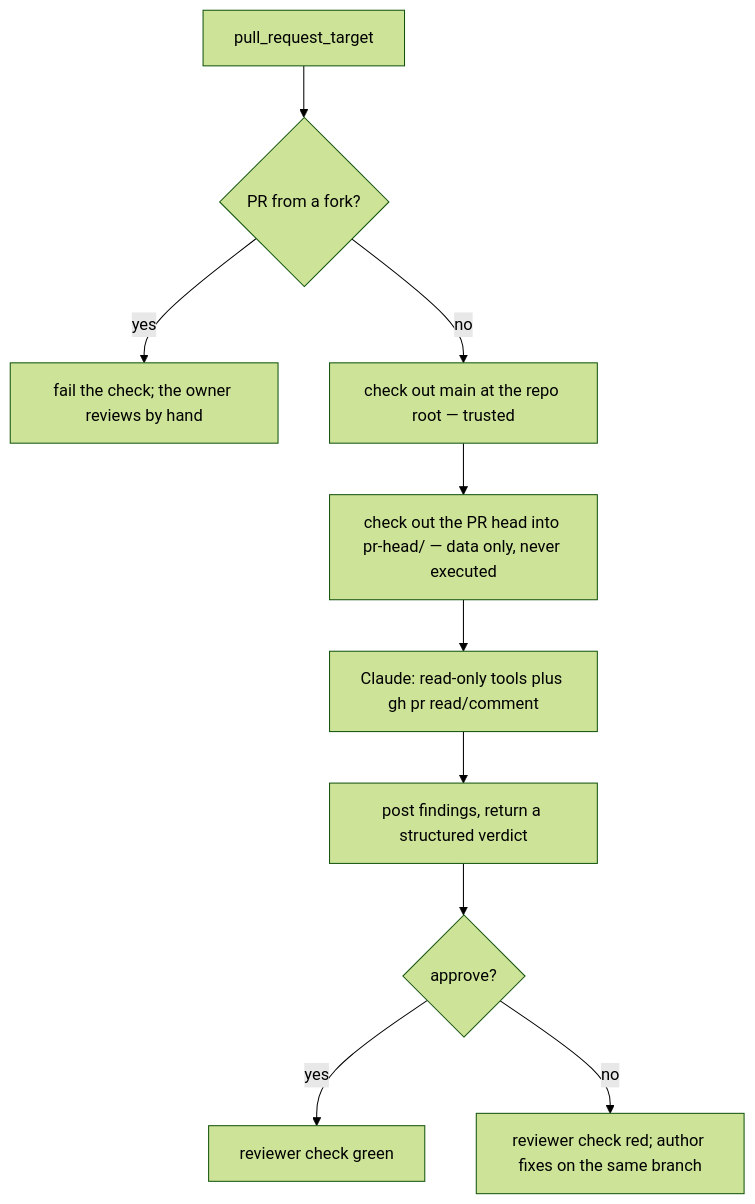
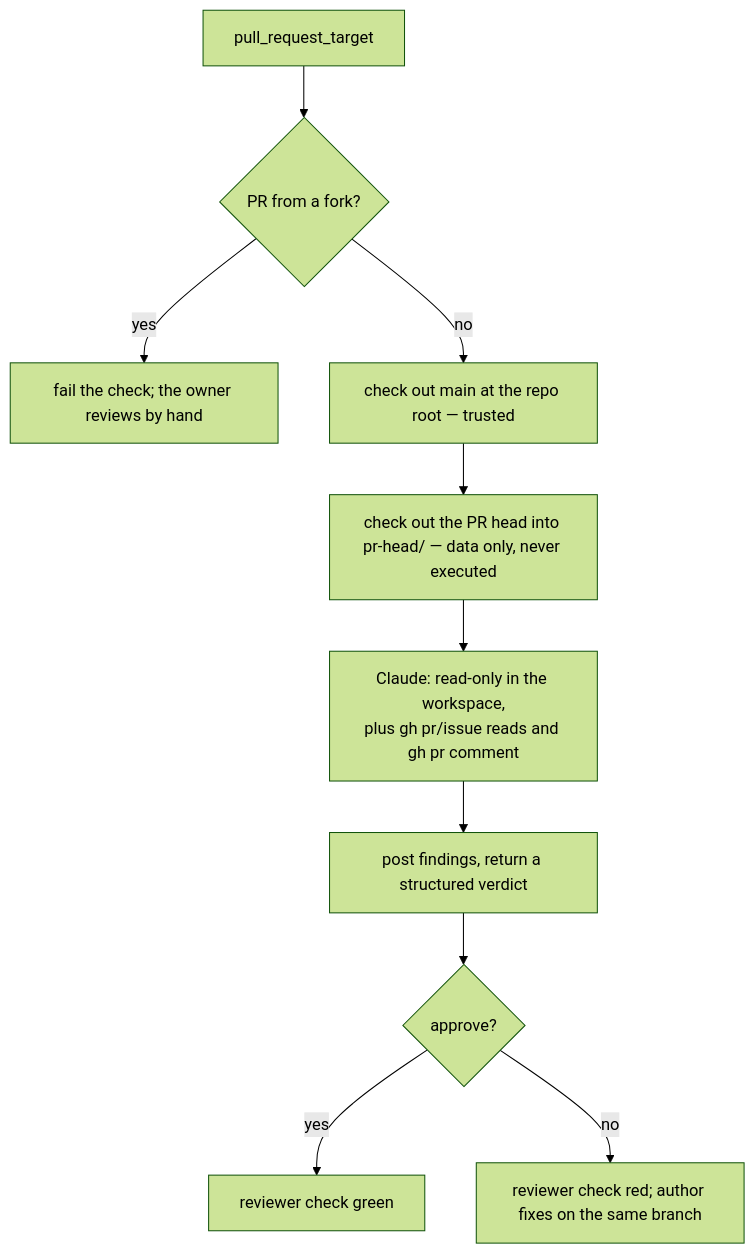
One commit to rechefe/golem changed the seventh of 7 diagrams in agents/README.md. Above: the diagram before and after it, drawn with Mermaid (forest theme). The commit also changed other lines of this file, not shown here.

````diff
--- a/agents/README.md
+++ b/agents/README.md
@@ -189,12 +202,12 @@
 ```mermaid
 flowchart TD
     ev["pull_request_target"] --> fork{"PR from a fork?"}
     fork -->|yes| fail["fail the check; the owner reviews by hand"]
     fork -->|no| co1["check out main at the repo root — trusted"]
     co1 --> co2["check out the PR head into pr-head/ — data only, never executed"]
-    co2 --> rvw["Claude: read-only tools plus gh pr read/comment"]
+    co2 --> rvw["Claude: read-only in the workspace,<br/>plus gh pr/issue reads and gh pr comment"]
     rvw --> out["post findings, return a structured verdict"]
     out --> res{"approve?"}
     res -->|yes| green["reviewer check green"]
     res -->|no| red["reviewer check red; author fixes on the same branch"]
 ```
````
